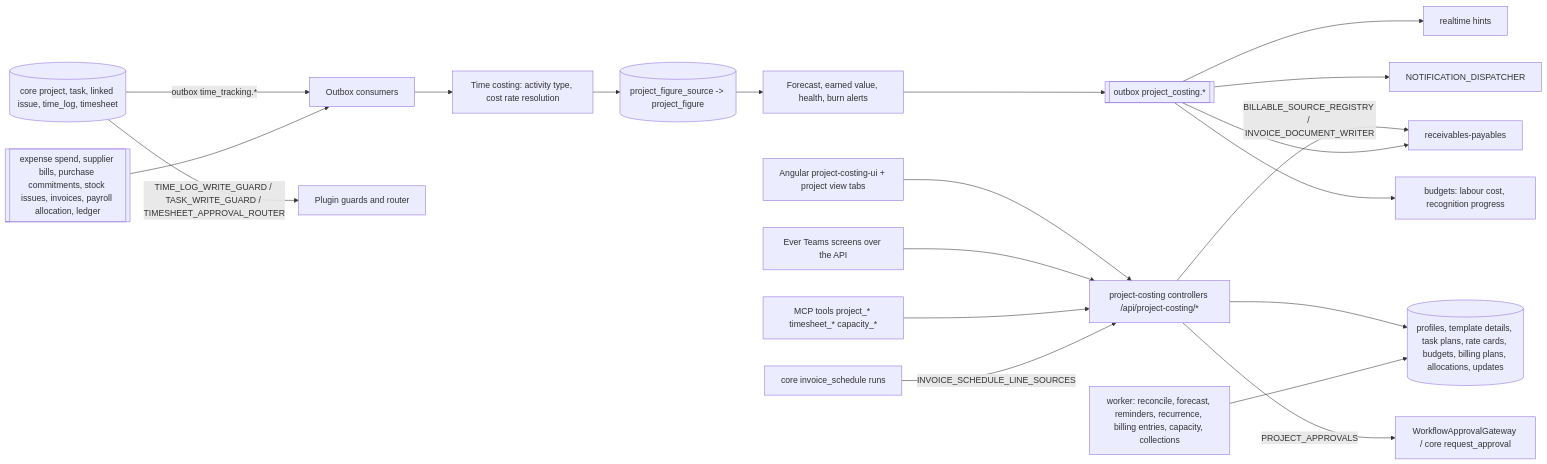
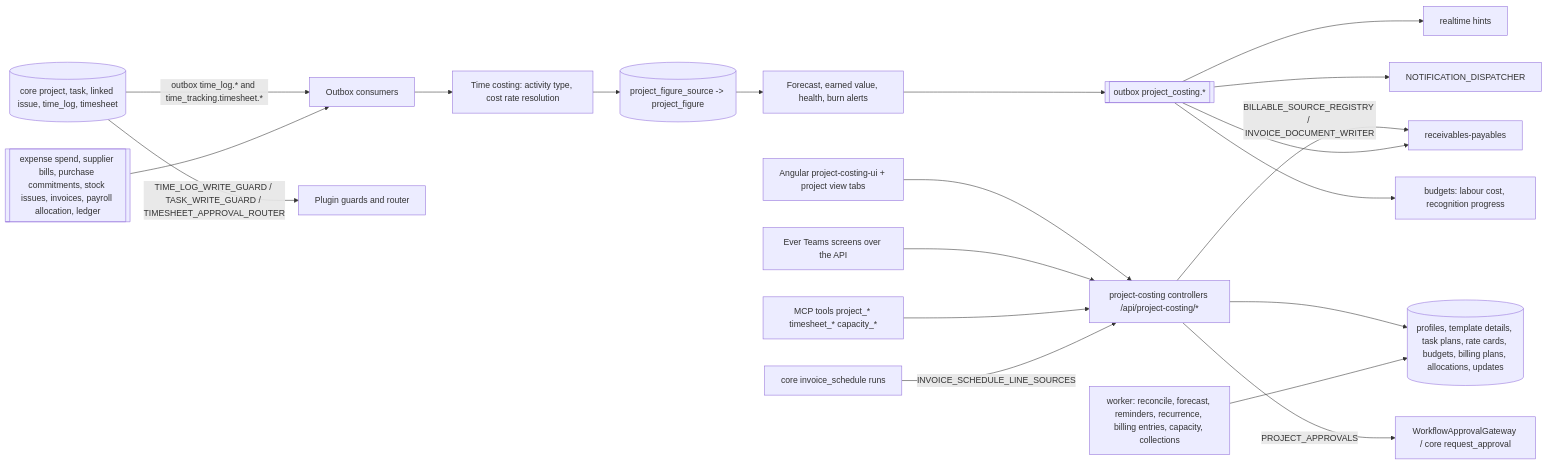
One commit to ever-co/ever-gauzy changed the diagram in docs/specs/features/project-costing-and-billing/plan.md. Above: the diagram before and after it, drawn with Mermaid. The commit also changed other lines of this file and 22 other files, not shown here.

````diff
--- a/docs/specs/features/project-costing-and-billing/plan.md
+++ b/docs/specs/features/project-costing-and-billing/plan.md
@@ -47,19 +48,19 @@
 ```mermaid
 flowchart LR
     NG[Angular project-costing-ui + project view tabs] --> API[project-costing controllers /api/project-costing/*]
     TEAMS[Ever Teams screens over the API] --> API
     MCP[MCP tools project_* timesheet_* capacity_*] --> API
-    CORE[(core project, task, linked issue, time_log, timesheet)] -- outbox time_tracking.* --> CONS[Outbox consumers]
+    CORE[(core project, task, linked issue, time_log, timesheet)] -- outbox time_log.* and time_tracking.timesheet.* --> CONS[Outbox consumers]
     CORE -- TIME_LOG_WRITE_GUARD / TASK_WRITE_GUARD / TIMESHEET_APPROVAL_ROUTER --> GUARD[Plugin guards and router]
     CONS --> COST[Time costing: activity type, cost rate resolution]
     COST --> FIG[(project_figure_source -> project_figure)]
     SRC[[expense spend, supplier bills, purchase commitments, stock issues, invoices, payroll allocation, ledger]] --> CONS
     FIG --> FC[Forecast, earned value, health, burn alerts]
     API --> DB[(profiles, template details, task plans, rate cards, budgets, billing plans, allocations, updates)]
     API -- PROJECT_APPROVALS --> WF[WorkflowApprovalGateway / core request_approval]
     API -- BILLABLE_SOURCE_REGISTRY / INVOICE_DOCUMENT_WRITER --> RP[receivables-payables]
     SCHED[core invoice_schedule runs] -- INVOICE_SCHEDULE_LINE_SOURCES --> API
     FC --> OUT[[outbox project_costing.*]]
     OUT --> RT[realtime hints] & INBOX[NOTIFICATION_DISPATCHER] & RP & BUD[budgets: labour cost, recognition progress]
     JOBS[worker: reconcile, forecast, reminders, recurrence, billing entries, capacity, collections] --> DB
 ```
````
